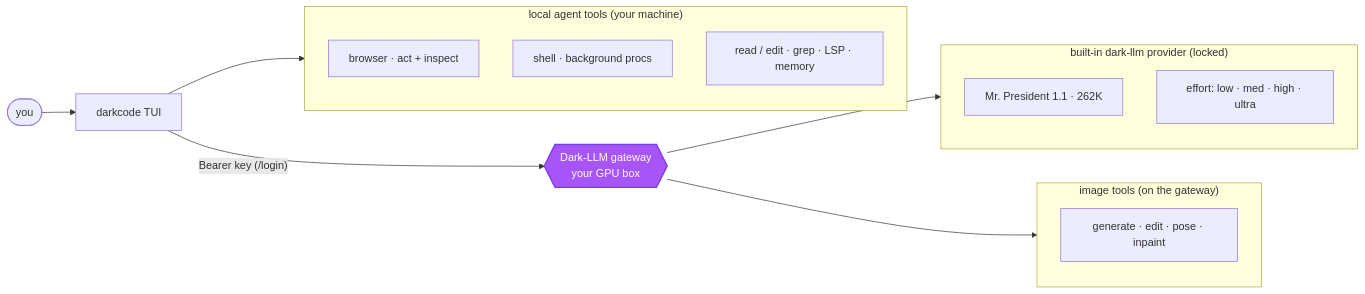
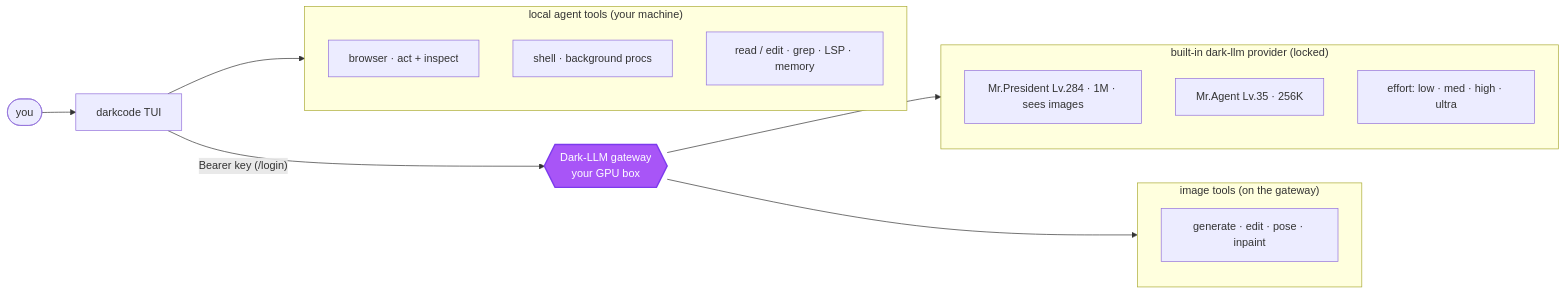
The diagram in README.md (dark-crop/darkcode-cli), drawn with Mermaid before and after one commit. The commit also changed other lines of this file and 6 other files, not shown here.

First line of the commit message:
docs: update roster to Mr.President Lv.284 + Mr.Agent Lv.35, vision-via-delegation

````diff
--- a/README.md
+++ b/README.md
@@ -62,27 +62,28 @@
 ```mermaid
 flowchart LR
     U(["you"]) --> DC["darkcode TUI"]
     DC -->|"Bearer key (/login)"| G{{"Dark-LLM gateway<br/>your GPU box"}}
 
     subgraph lanes["built-in dark-llm provider (locked)"]
         direction TB
-        MP["Mr. President 1.1 · 262K"]
+        MP["Mr.President Lv.284 · 1M · sees images"]
+        MA["Mr.Agent Lv.35 · 256K"]
         EF["effort: low · med · high · ultra"]
     end
     subgraph img["image tools (on the gateway)"]
         direction TB
         GEN["generate · edit · pose · inpaint"]
     end
     subgraph tools["local agent tools (your machine)"]
         direction TB
         BR["browser · act + inspect"]
         SH["shell · background procs"]
         CODE["read / edit · grep · LSP · memory"]
     end
     G --> lanes
     G --> img
     DC --> tools
 
     classDef hub fill:#a855f7,stroke:#7c3aed,stroke-width:2px,color:#fff
     class G hub
 ```
````
